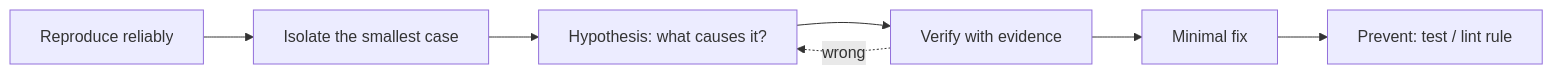
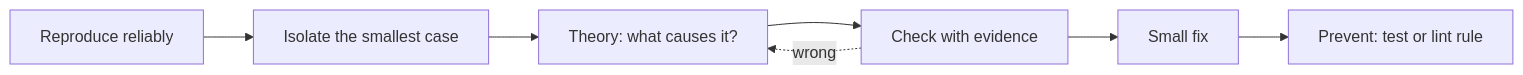
Before and after one commit to MuhammadIsmailHasan/fsse-ai-handbook: the diagram in content/modules/m4/w3/06-debugging-react.md, drawn with Mermaid. The commit also changed other lines of this file and 1 other file, not shown here.

````diff
--- a/content/modules/m4/w3/06-debugging-react.md
+++ b/content/modules/m4/w3/06-debugging-react.md
@@ -41,5 +53,5 @@
 ```mermaid
 flowchart LR
-    R[Reproduce reliably] --> I[Isolate the smallest case] --> H[Hypothesis: what causes it?] --> V[Verify with evidence] --> F[Minimal fix] --> P[Prevent: test / lint rule]
+    R[Reproduce reliably] --> I[Isolate the smallest case] --> H[Theory: what causes it?] --> V[Check with evidence] --> F[Small fix] --> P[Prevent: test or lint rule]
     V -. wrong .-> H
 ```
````
